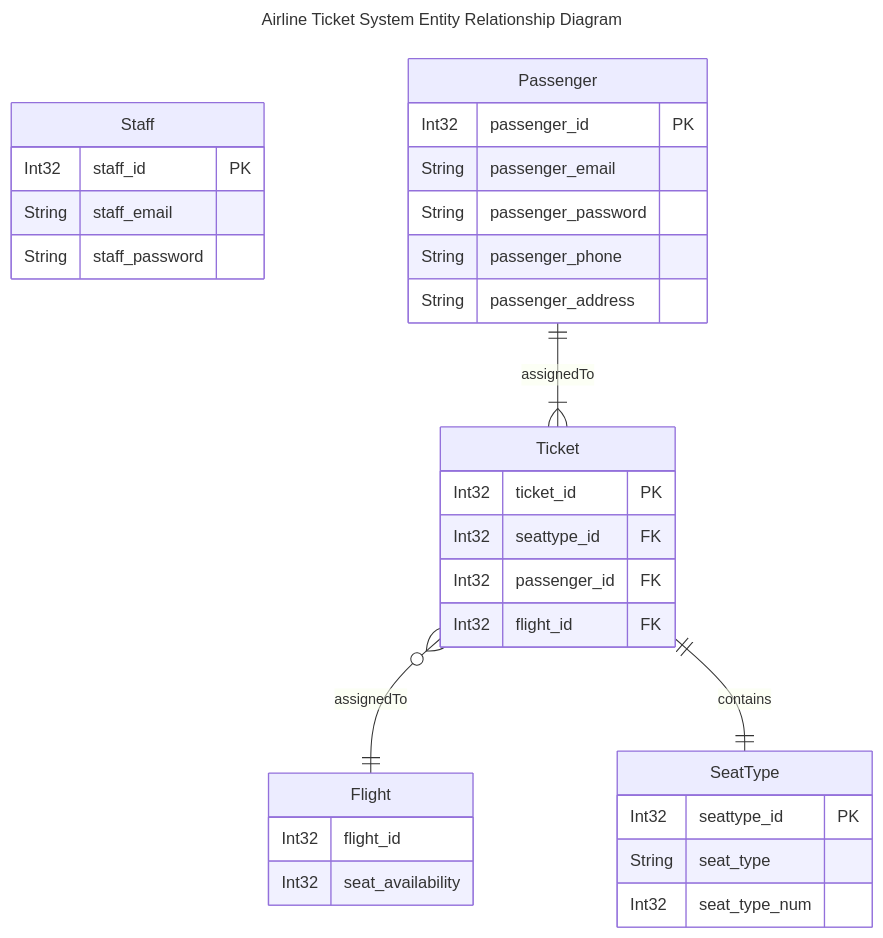
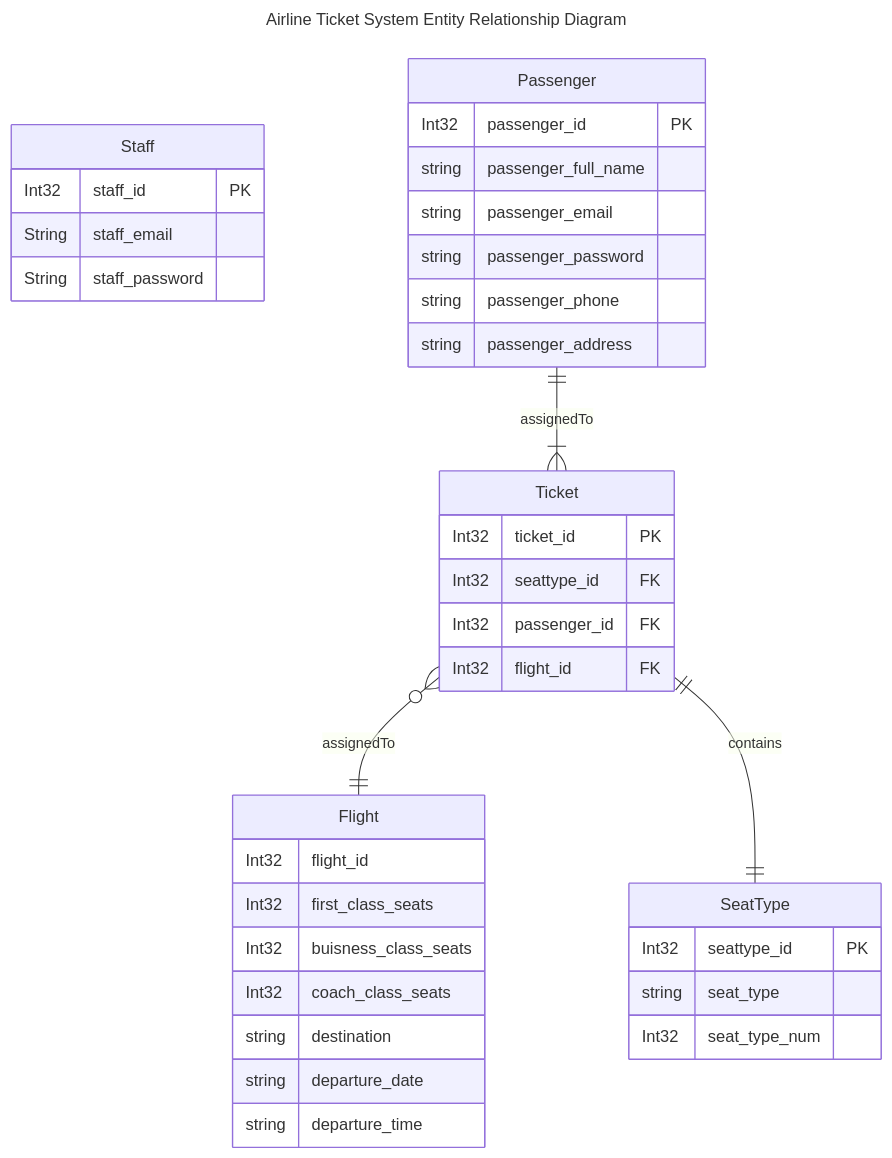
Before and after one commit to 4lex16/AppDevProject: the diagram in docs/Diagrams/ERD.md, drawn with Mermaid. The commit also changed 114 other files, not shown here.

````diff
--- a/docs/Diagrams/ERD.md
+++ b/docs/Diagrams/ERD.md
@@ -4,45 +4,50 @@
 ```mermaid
 ---
 title: Airline Ticket System Entity Relationship Diagram
 ---
 erDiagram
     %% Staff will be created by "Admin" (outside of our program)
     Staff {
         Int32 staff_id PK
         String staff_email
         String staff_password
     }
     
     Passenger {
         Int32 passenger_id PK
-        String passenger_email
-        String passenger_password
-        String passenger_phone
-        String passenger_address
+        string passenger_full_name
+        string passenger_email
+        string passenger_password
+        string passenger_phone
+        string passenger_address
     }
 
     %% Flight will be created by "Admin" (outside of our program)
     Flight {
         Int32 flight_id
-        Int32 seat_availability
+        Int32 first_class_seats
+        Int32 buisness_class_seats
+        Int32 coach_class_seats
+        string destination
+        string departure_date
+        string departure_time
     }
 
-    
 
     Ticket {
         Int32 ticket_id PK
         Int32 seattype_id FK
         Int32 passenger_id FK
         Int32 flight_id FK
     }
 
     SeatType {
         Int32 seattype_id PK
-        String seat_type
+        string seat_type
         Int32 seat_type_num
     }
 
     Passenger ||--|{ Ticket : assignedTo
     Ticket }o--|| Flight: assignedTo
     Ticket ||--|| SeatType: contains
 ```
````
